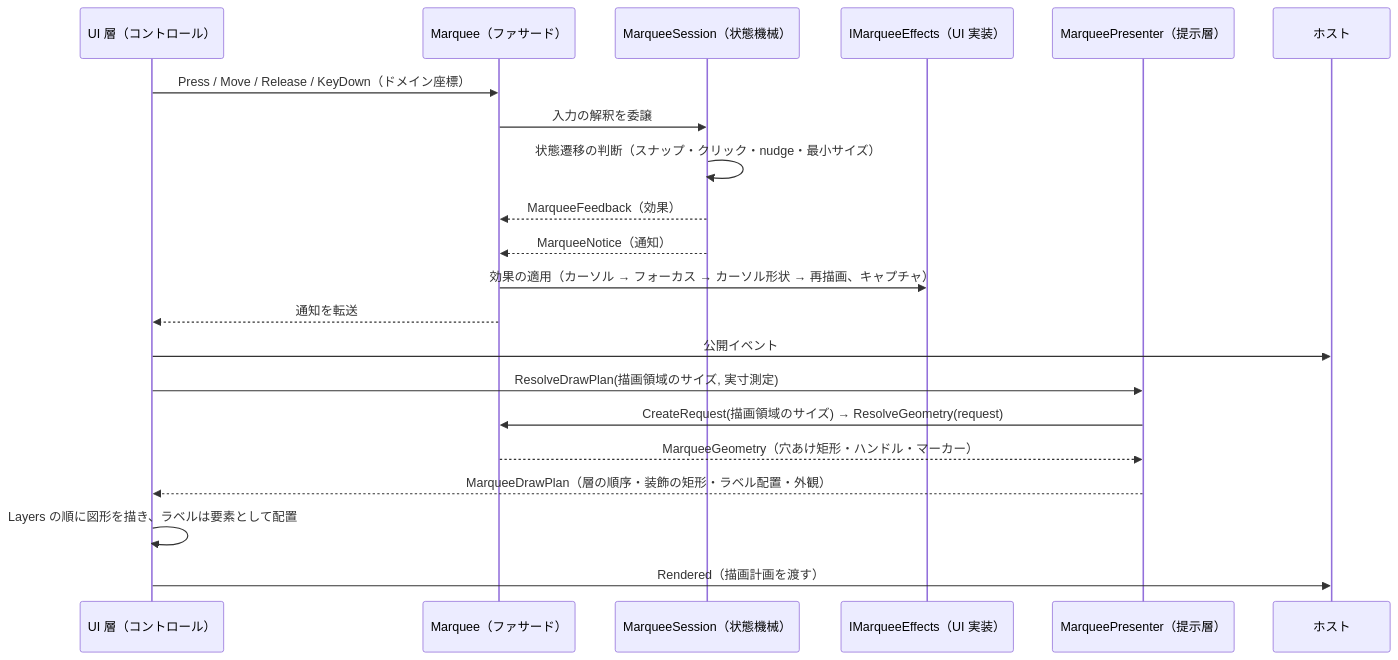
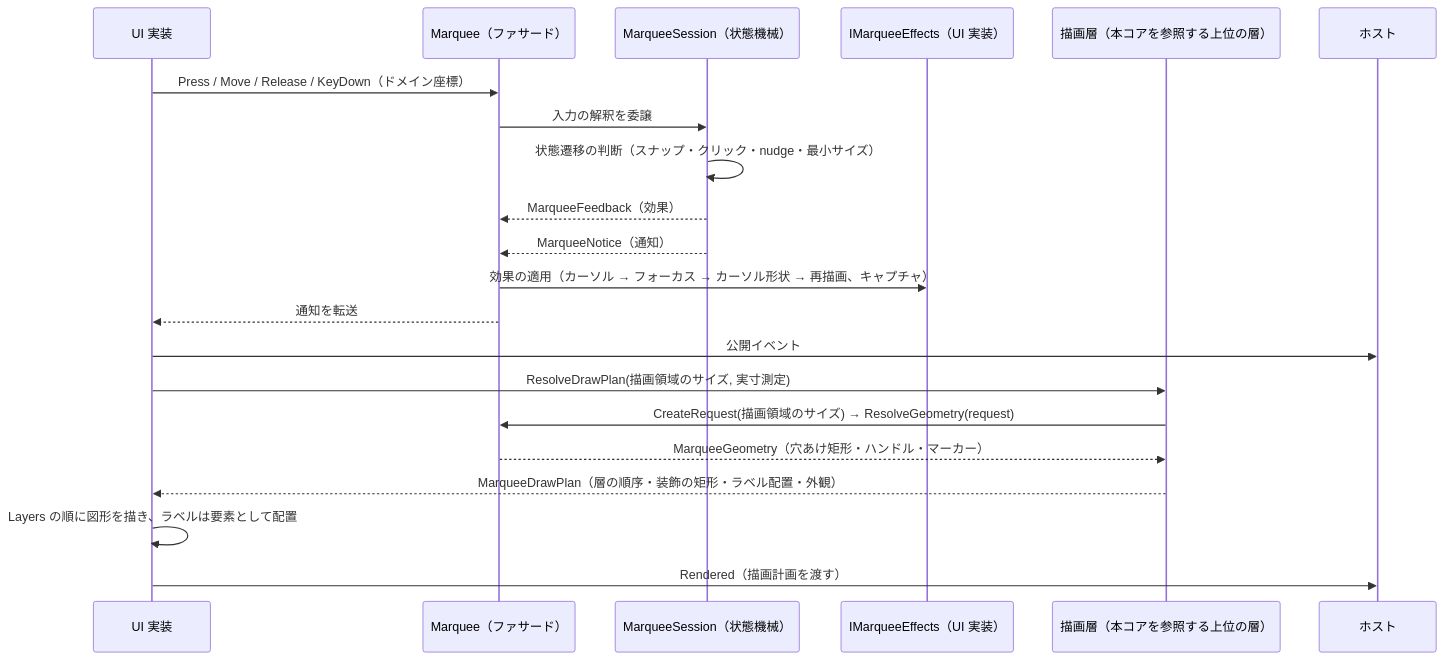
One commit to tomokuni/SaveEvidence changed the first of 2 diagrams in src/Feature.Marquee.Core/docs/SPEC_System.md. Above: the diagram before and after it, drawn with Mermaid. The commit also changed other lines of this file and 11 other files, not shown here.

````diff
--- a/src/Feature.Marquee.Core/docs/SPEC_System.md
+++ b/src/Feature.Marquee.Core/docs/SPEC_System.md
@@ -46,24 +46,24 @@
 ```mermaid
 sequenceDiagram
-    participant UI as UI 層（コントロール）
+    participant UI as UI 実装
     participant M as Marquee（ファサード）
     participant S as MarqueeSession（状態機械）
     participant E as IMarqueeEffects（UI 実装）
-    participant P as MarqueePresenter（提示層）
+    participant P as 描画層（本コアを参照する上位の層）
     participant H as ホスト
 
     UI->>M: Press / Move / Release / KeyDown（ドメイン座標）
     M->>S: 入力の解釈を委譲
     S->>S: 状態遷移の判断（スナップ・クリック・nudge・最小サイズ）
     S-->>M: MarqueeFeedback（効果）
     S-->>M: MarqueeNotice（通知）
     M->>E: 効果の適用（カーソル → フォーカス → カーソル形状 → 再描画、キャプチャ）
     M-->>UI: 通知を転送
     UI->>H: 公開イベント
     UI->>P: ResolveDrawPlan(描画領域のサイズ, 実寸測定)
     P->>M: CreateRequest(描画領域のサイズ) → ResolveGeometry(request)
     M-->>P: MarqueeGeometry（穴あけ矩形・ハンドル・マーカー）
     P-->>UI: MarqueeDrawPlan（層の順序・装飾の矩形・ラベル配置・外観）
     UI->>UI: Layers の順に図形を描き、ラベルは要素として配置
     UI->>H: Rendered（描画計画を渡す）
 ```
````
